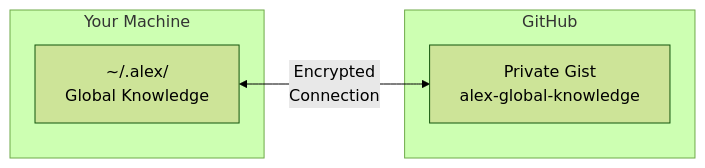
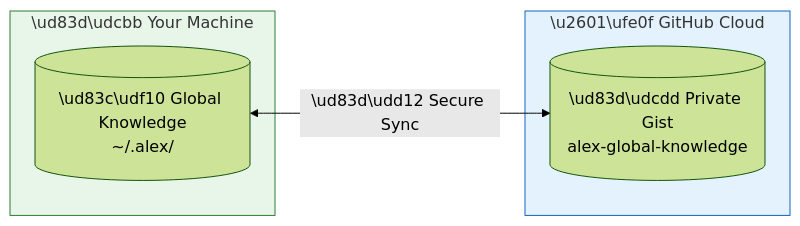
The first of 7 diagrams in alex_docs/CLOUD-SYNC.md (fabioc-aloha/Alex_Plug_In), drawn with Mermaid (forest theme) before and after one commit. The commit also changed other lines of this file and 11 other files, not shown here.

````diff
--- a/alex_docs/CLOUD-SYNC.md
+++ b/alex_docs/CLOUD-SYNC.md
@@ -15,12 +15,15 @@
 ```mermaid
-graph LR
-    subgraph "Your Machine"
-        GK["~/.alex/<br/>Global Knowledge"]
+flowchart LR
+    subgraph LOCAL["\ud83d\udcbb Your Machine"]
+        GK[("\ud83c\udf10 Global Knowledge<br/>~/.alex/")]
     end
 
-    subgraph "GitHub"
-        GIST["Private Gist<br/>alex-global-knowledge"]
+    subgraph CLOUD["\u2601\ufe0f GitHub Cloud"]
+        GIST[("\ud83d\udcdd Private Gist<br/>alex-global-knowledge")]
     end
 
-    GK <-->|"Encrypted<br/>Connection"| GIST
+    GK <-->|"\ud83d\udd12 Secure Sync"| GIST
+
+    style LOCAL fill:#e8f5e9,stroke:#2e7d32
+    style CLOUD fill:#e3f2fd,stroke:#1565c0
 ```
````
